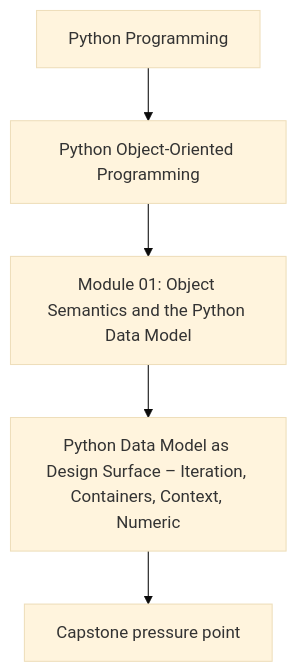
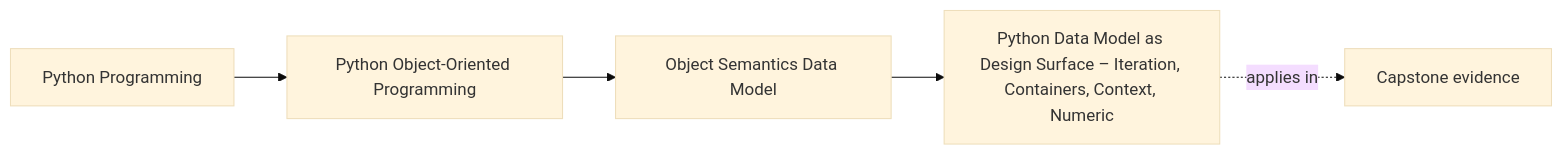
One commit to bijux/bijux-masterclass changed the first of 2 diagrams in programs/python-programming/python-object-oriented-programming/course-book/module-01-object-semantics-data-model/python-data-model-as-design-surface.md. Above: the diagram before and after it, drawn with Mermaid (base theme). The commit also changed other lines of this file and 65 other files, not shown here.

Commit message:
docs(python-object-oriented-programming): map object model and design foundations

````diff
--- a/programs/python-programming/python-object-oriented-programming/course-book/module-01-object-semantics-data-model/python-data-model-as-design-surface.md
+++ b/programs/python-programming/python-object-oriented-programming/course-book/module-01-object-semantics-data-model/python-data-model-as-design-surface.md
@@ -7,7 +7,11 @@
 ```mermaid
-flowchart TD
-  family["Python Programming"] --> program["Python Object-Oriented Programming"]
-  program --> module["Module 01: Object Semantics and the Python Data Model"]
-  module --> concept["Python Data Model as Design Surface – Iteration, Containers, Context, Numeric"]
-  concept --> capstone["Capstone pressure point"]
+graph LR
+  family["Python Programming"]
+  program["Python Object-Oriented Programming"]
+  section["Object Semantics Data Model"]
+  page["Python Data Model as Design Surface – Iteration, Containers, Context, Numeric"]
+  capstone["Capstone evidence"]
+
+  family --> program --> section --> page
+  page -.applies in.-> capstone
 ```
````
